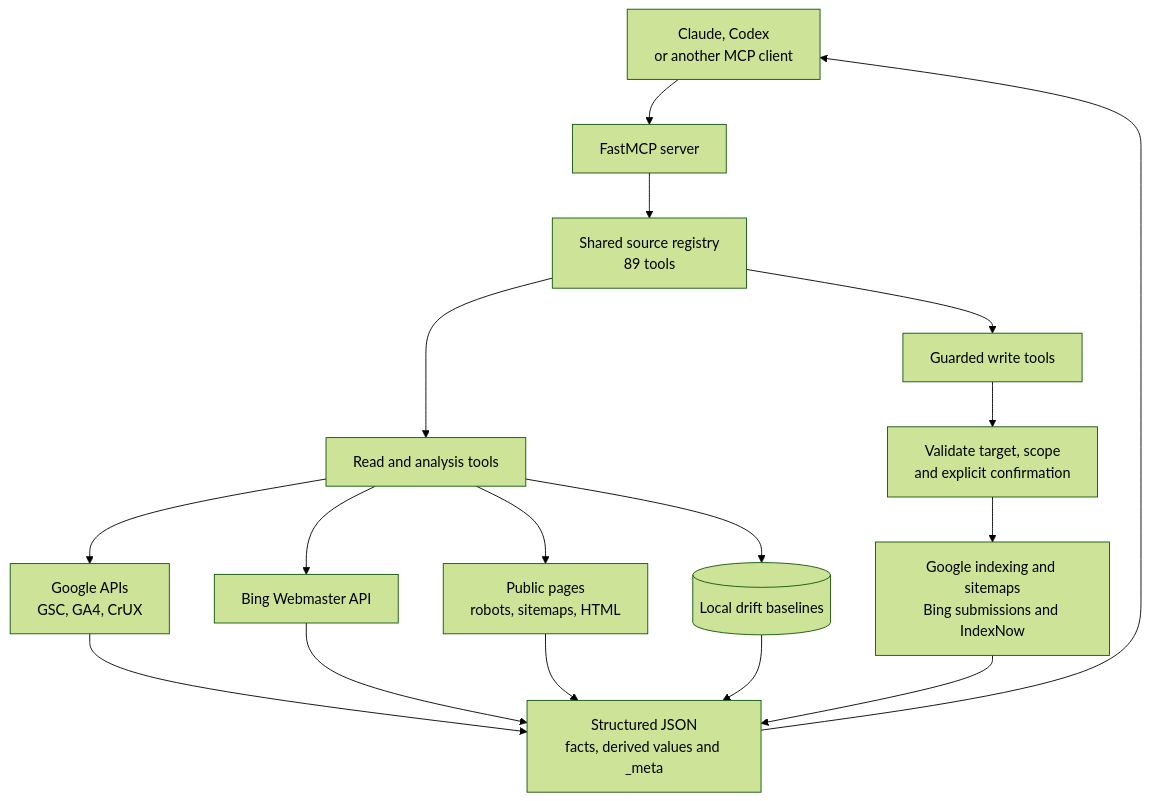
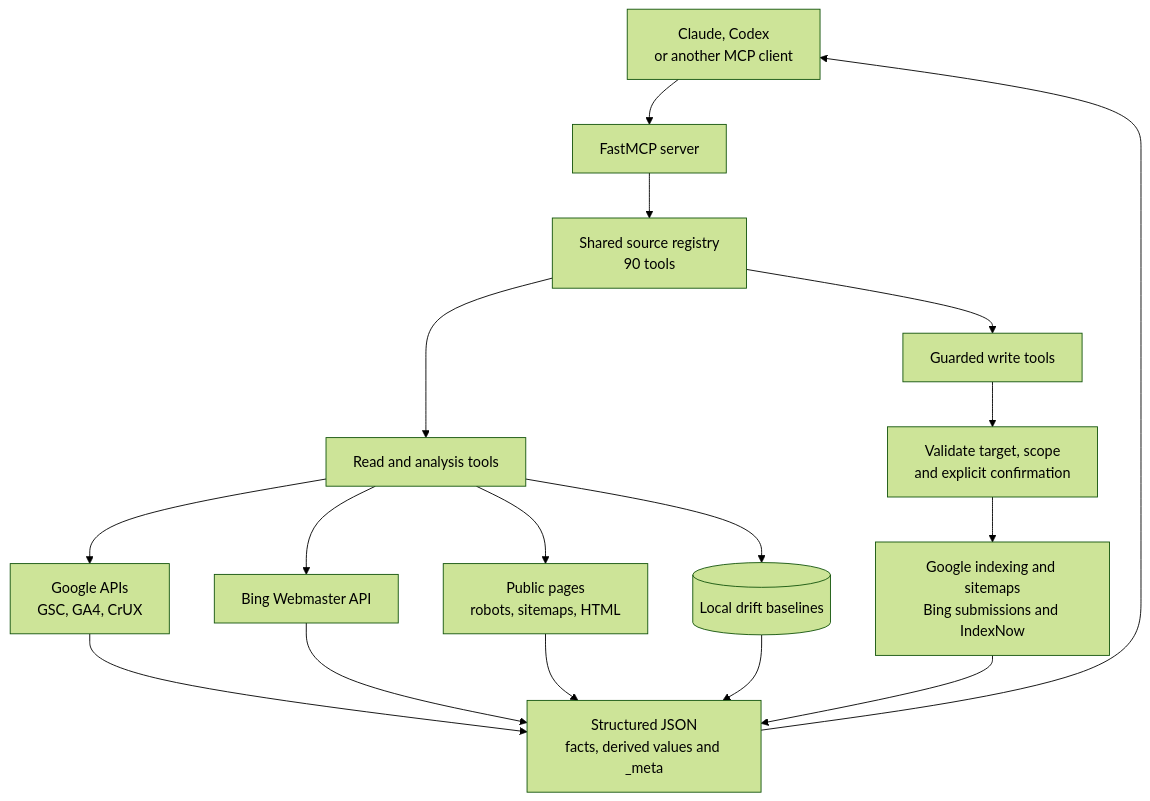
Before and after one commit to FlorianBruniaux/google-search-console-mcp: the diagram in README.md, drawn with Mermaid (forest theme). The commit also changed other lines of this file and 35 other files, not shown here.

````diff
--- a/README.md
+++ b/README.md
@@ -327,19 +327,19 @@
 ```mermaid
 flowchart TD
     C[Claude, Codex<br/>or another MCP client] --> S[FastMCP server]
-    S --> R[Shared source registry<br/>89 tools]
+    S --> R[Shared source registry<br/>90 tools]
     R --> A[Read and analysis tools]
     R --> W[Guarded write tools]
     A --> G[Google APIs<br/>GSC, GA4, CrUX]
     A --> B[Bing Webmaster API]
     A --> P[Public pages<br/>robots, sitemaps, HTML]
     A --> L[(Local drift baselines)]
     W --> V[Validate target, scope<br/>and explicit confirmation]
     V --> M[Google indexing and sitemaps<br/>Bing submissions and IndexNow]
     G --> O[Structured JSON<br/>facts, derived values and _meta]
     B --> O
     P --> O
     L --> O
     M --> O
     O --> C
 ```
````
